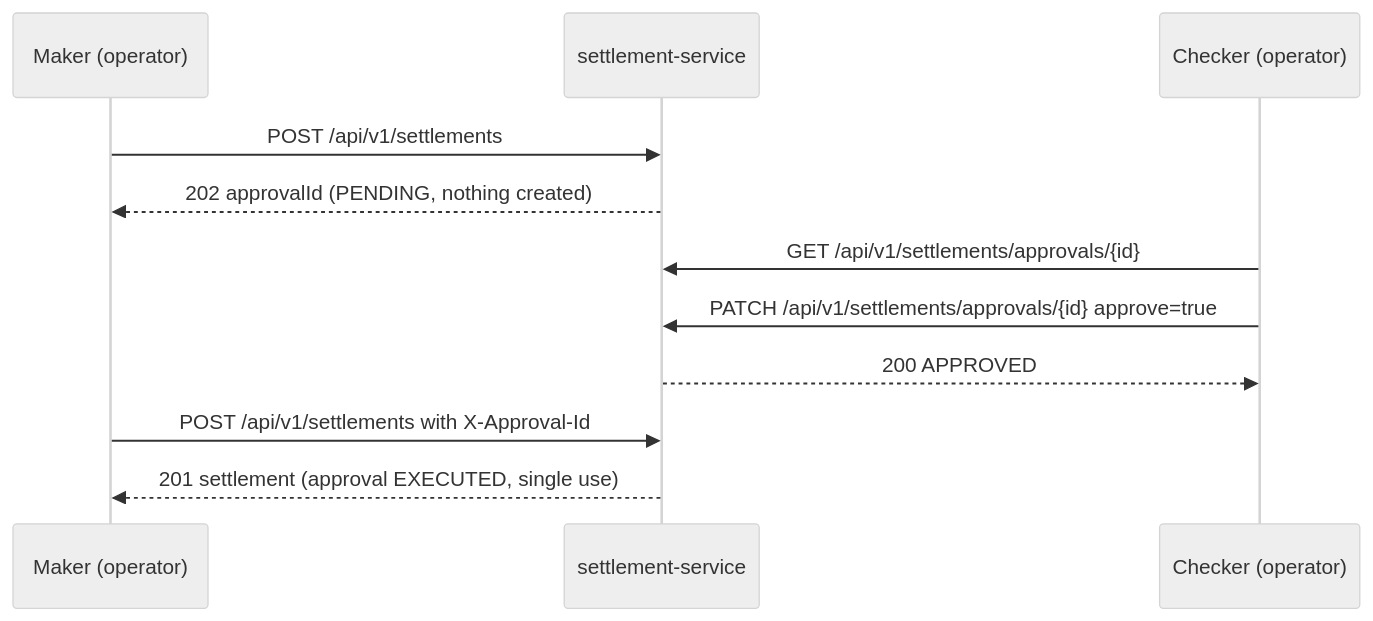
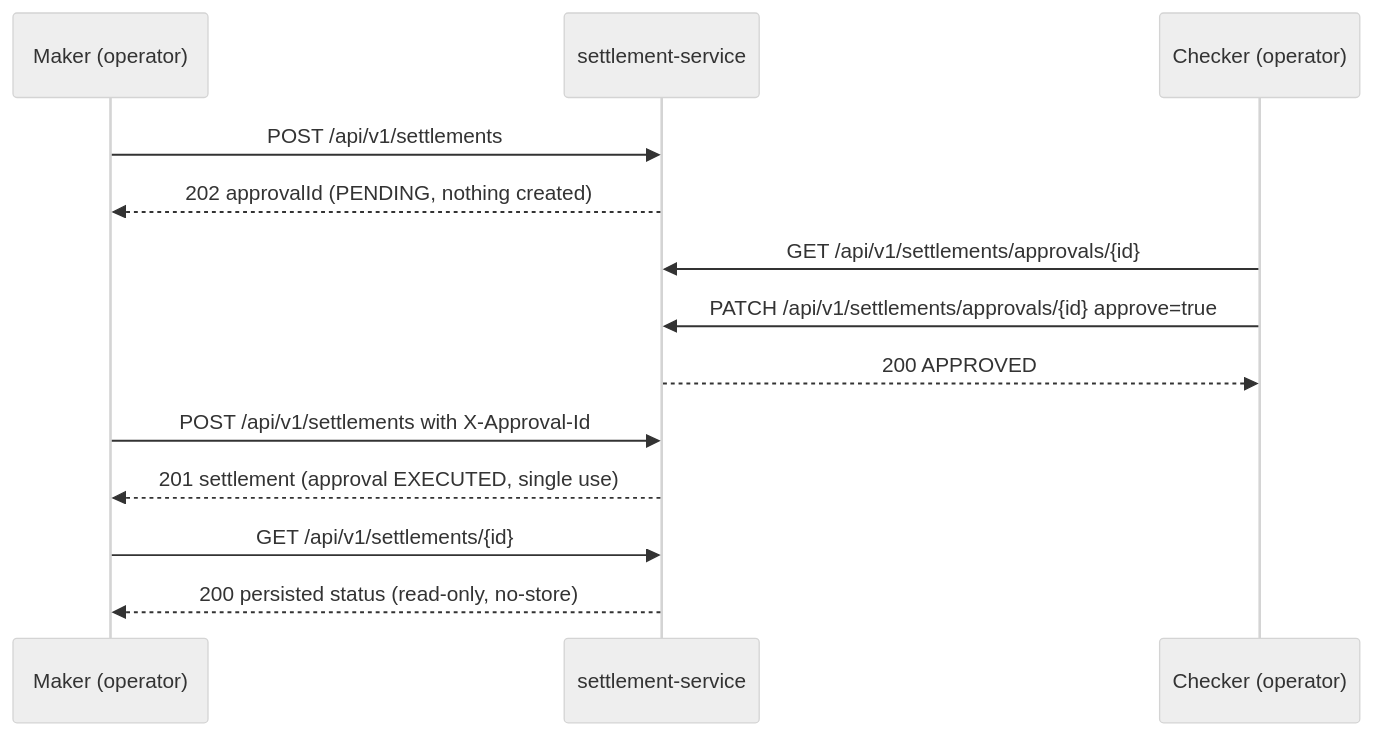
One commit to JiRaska/open-bank-oss changed the second of 2 diagrams in openbank-settlement-service/src/main/resources/docs/04-data.en.md. Above: the diagram before and after it, drawn with Mermaid (neutral theme). The commit also changed other lines of this file and 21 other files, not shown here.

````diff
--- a/openbank-settlement-service/src/main/resources/docs/04-data.en.md
+++ b/openbank-settlement-service/src/main/resources/docs/04-data.en.md
@@ -76,13 +76,15 @@
 ```mermaid
 sequenceDiagram
   participant M as Maker (operator)
   participant S as settlement-service
   participant C as Checker (operator)
   M->>S: POST /api/v1/settlements
   S-->>M: 202 approvalId (PENDING, nothing created)
   C->>S: GET /api/v1/settlements/approvals/{id}
   C->>S: PATCH /api/v1/settlements/approvals/{id} approve=true
   S-->>C: 200 APPROVED
   M->>S: POST /api/v1/settlements with X-Approval-Id
   S-->>M: 201 settlement (approval EXECUTED, single use)
+  M->>S: GET /api/v1/settlements/{id}
+  S-->>M: 200 persisted status (read-only, no-store)
 ```
````
